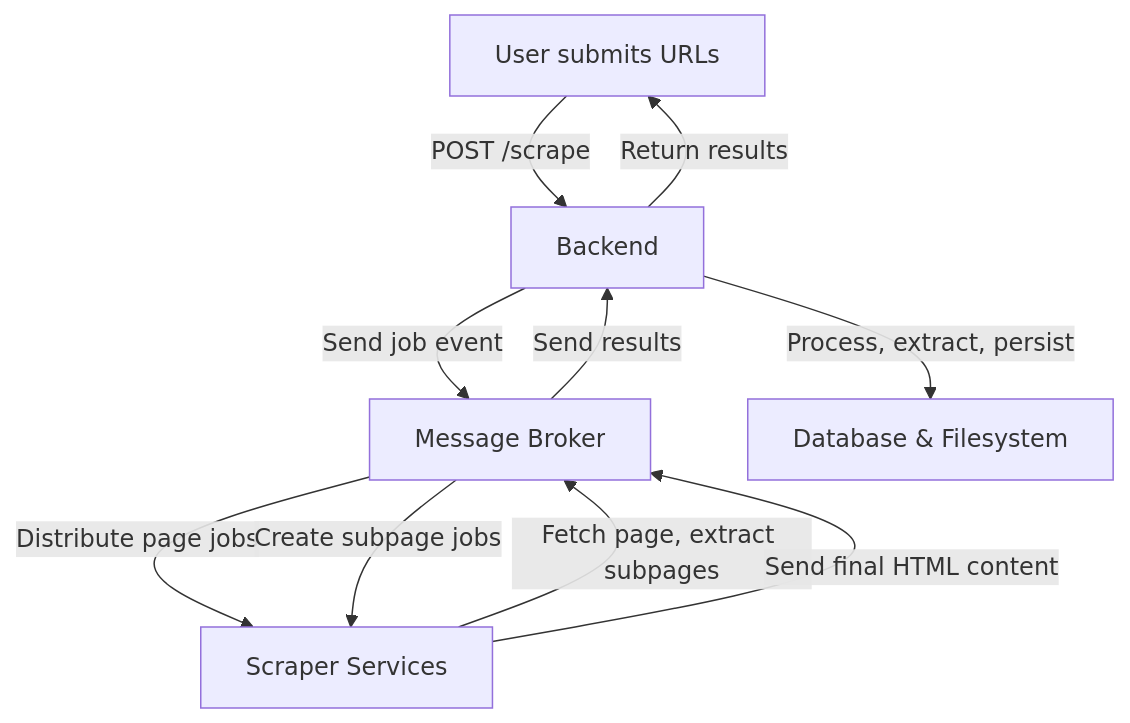
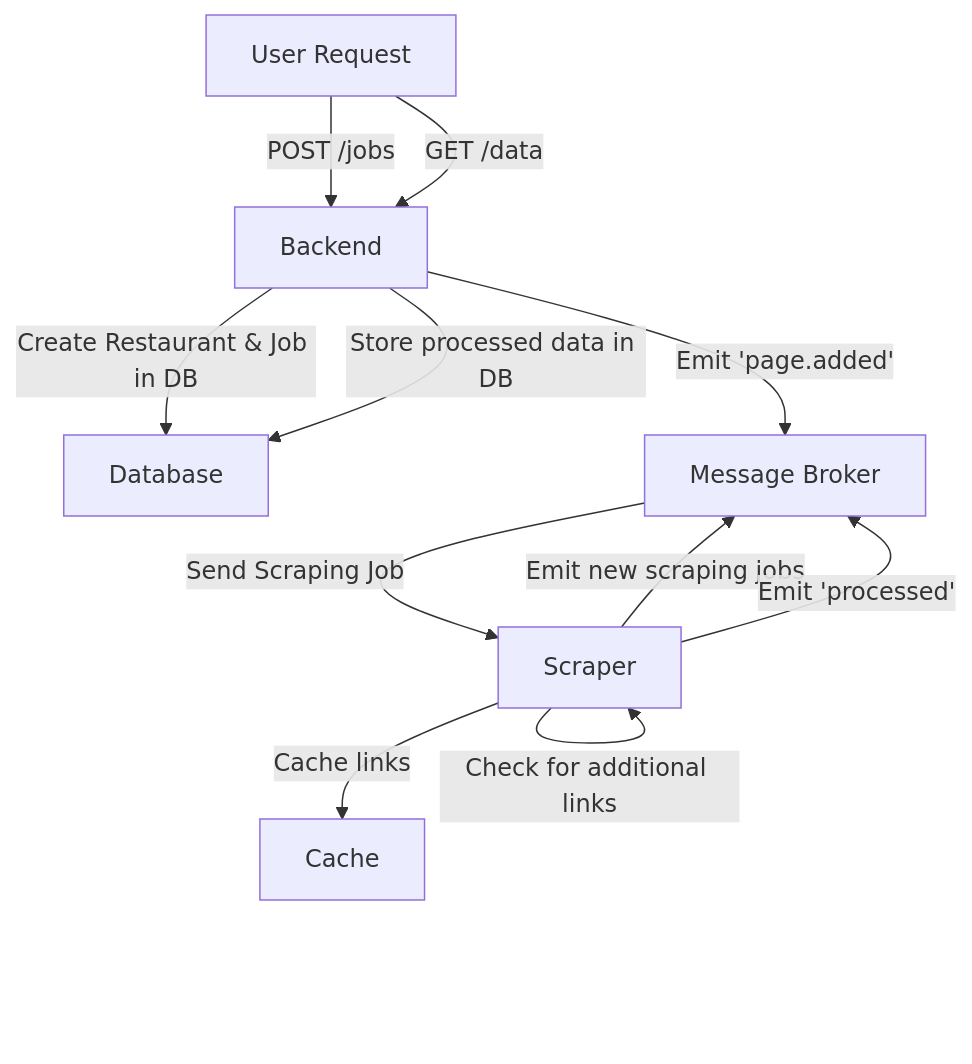
One commit to roflc0pter/food-craver changed the first of 3 diagrams in README.md. Above: the diagram before and after it, drawn with Mermaid. The commit also changed other lines of this file and 9 other files, not shown here.

````diff
--- a/README.md
+++ b/README.md
@@ -149,14 +114,14 @@
 ```mermaid
 flowchart TD
-    User["User submits URLs"] -->|POST /scrape| Backend
-    Backend -->|Send job event| RabbitMQ["Message Broker"]
-    RabbitMQ -->|Distribute page jobs| Scraper["Scraper Services"]
-
-    Scraper -->|Fetch page, extract subpages| RabbitMQ["Message Broker"]
-    RabbitMQ -->|Create subpage jobs| Scraper
-    Scraper -->|Send final HTML content| RabbitMQ["Message Broker"]
-
-    RabbitMQ -->|Send results| Backend
-    Backend -->|Process, extract, persist| Database["Database & Filesystem"]
-    Backend -->|Return results| User
+    UserRequest[User Request] -->|POST /jobs| Backend[Backend]
+    Backend -->|Create Restaurant & Job in DB| Database[Database]
+    Backend -->|Emit 'page.added'| RabbitMQ[Message Broker]
+    RabbitMQ -->|Send Scraping Job| Scraper[Scraper]
+    Scraper -->|Extract Data HTML, PDF, Images| Scraper
+    Scraper -->|Check for additional links| Scraper
+    Scraper -->|Cache links| Redis[Cache]
+    Scraper -->|Emit new scraping jobs| RabbitMQ
+    Scraper -->|Emit 'processed'| RabbitMQ
+    Backend -->|Store processed data in DB| Database
+    UserRequest -->|GET /data| Backend
 ```
````
